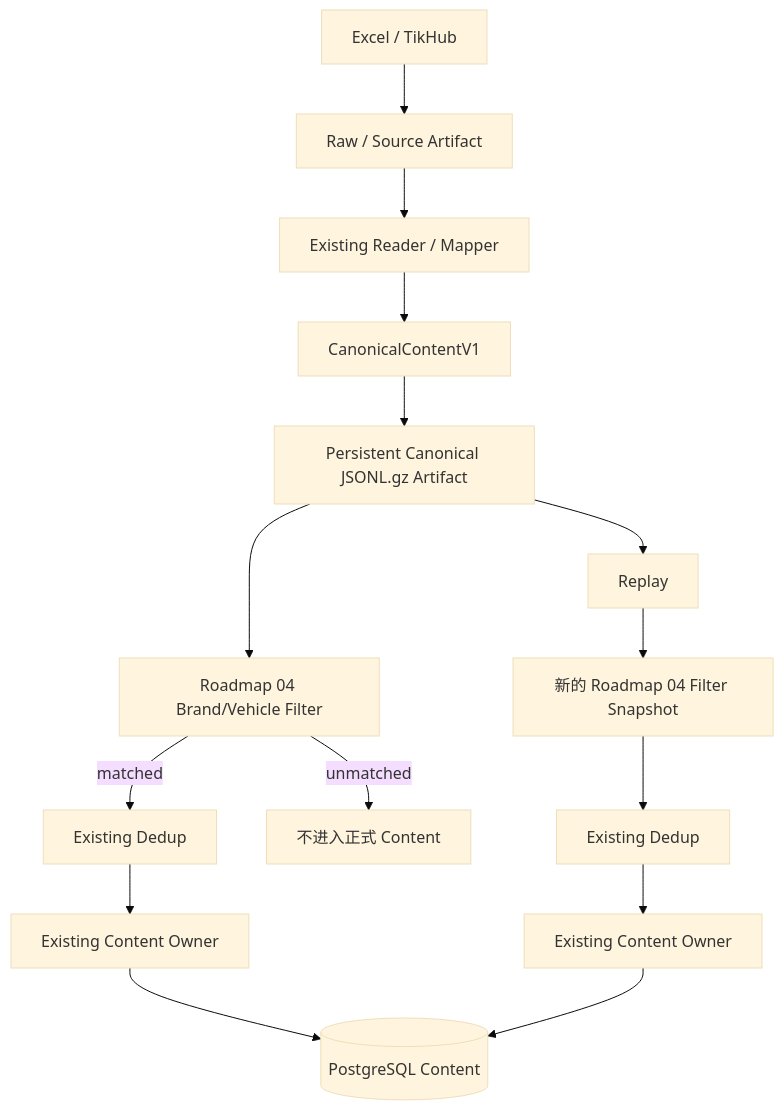
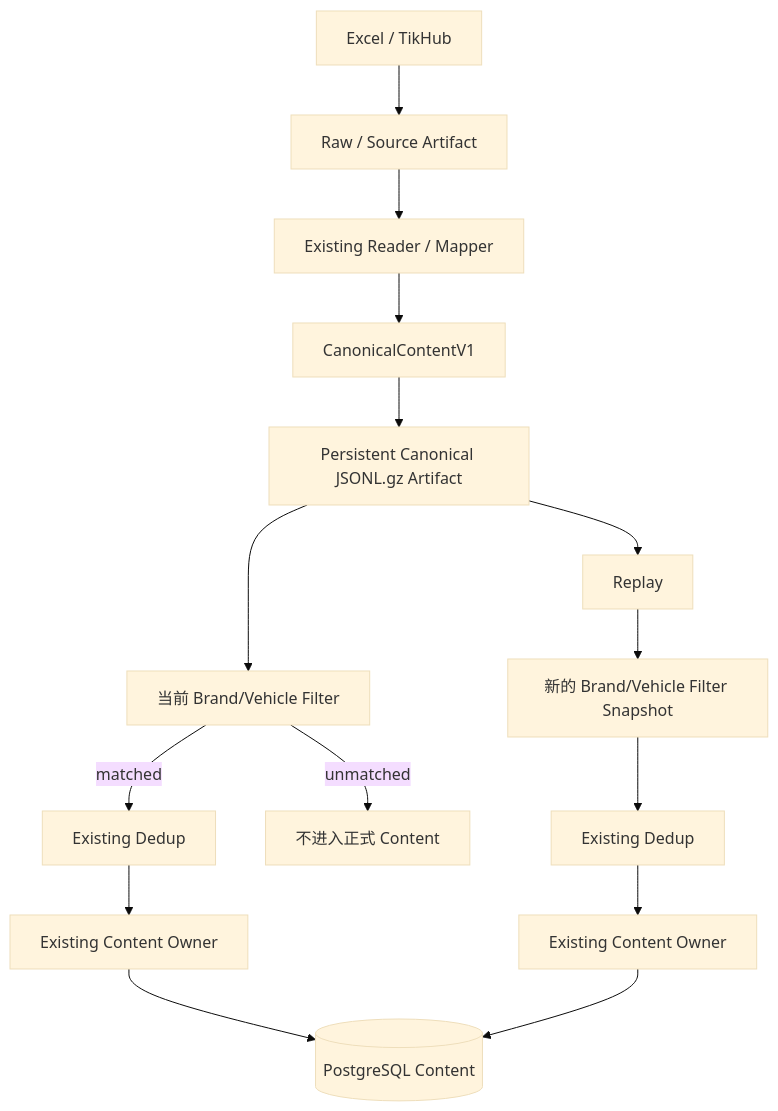
Before and after one commit to dingyuwen777/AIMA_UGC: the first of 3 diagrams in docs/roadmap/05_可重放数据底座与监测重分类实施路线.md, drawn with Mermaid (base theme). The commit also changed other lines of this file and 133 other files, not shown here.

````diff
--- a/docs/roadmap/05_可重放数据底座与监测重分类实施路线.md
+++ b/docs/roadmap/05_可重放数据底座与监测重分类实施路线.md
@@ -176,18 +176,18 @@
 ```mermaid
 flowchart TD
     A[Excel / TikHub] --> B[Raw / Source Artifact]
     B --> C[Existing Reader / Mapper]
     C --> D[CanonicalContentV1]
     D --> E[Persistent Canonical JSONL.gz Artifact]
-    E --> F[Roadmap 04 Brand/Vehicle Filter]
+    E --> F[当前 Brand/Vehicle Filter]
     F -->|matched| G[Existing Dedup]
     F -->|unmatched| H[不进入正式 Content]
     G --> I[Existing Content Owner]
     I --> J[(PostgreSQL Content)]
 
     E --> R[Replay]
-    R --> F2[新的 Roadmap 04 Filter Snapshot]
+    R --> F2[新的 Brand/Vehicle Filter Snapshot]
     F2 --> G2[Existing Dedup]
     G2 --> I2[Existing Content Owner]
     I2 --> J
 ```
````
